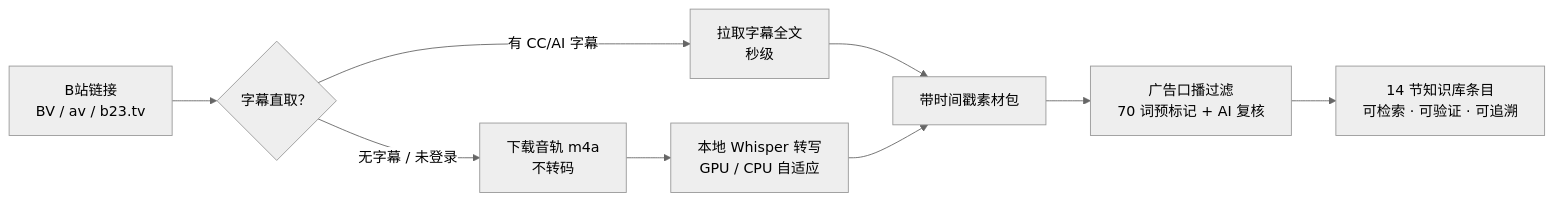
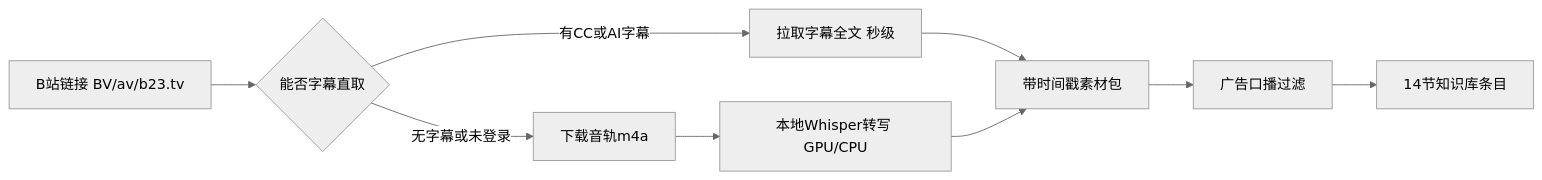
The diagram in README.md (Willson-Huang/bilibili-video-summary), drawn with Mermaid (neutral theme) before and after one commit. The commit also changed other lines of this file, not shown here.

Commit message:
fix: README 流程图改用最大兼容 Mermaid 语法
GitHub 内置渲染器不支持 -- "label" --> 带引号的边标签写法，导致
Unable to render rich display。改为 graph LR + 管道边标签 + 单行节点
文本（去掉 <br/> 与全角标点），兼容旧版 Mermaid。

````diff
--- a/README.md
+++ b/README.md
@@ -39,11 +39,11 @@
 ```mermaid
-flowchart LR
-    A["B站链接<br/>BV / av / b23.tv"] --> B{"字幕直取？"}
-    B -- "有 CC/AI 字幕" --> C["拉取字幕全文<br/>秒级"]
-    B -- "无字幕 / 未登录" --> D["下载音轨 m4a<br/>不转码"]
-    D --> E["本地 Whisper 转写<br/>GPU / CPU 自适应"]
+graph LR
+    A["B站链接 BV/av/b23.tv"] --> B{"能否字幕直取"}
+    B -->|有CC或AI字幕| C["拉取字幕全文 秒级"]
+    B -->|无字幕或未登录| D["下载音轨m4a"]
+    D --> E["本地Whisper转写 GPU/CPU"]
     C --> F["带时间戳素材包"]
     E --> F
-    F --> G["广告口播过滤<br/>70 词预标记 + AI 复核"]
-    G --> H["14 节知识库条目<br/>可检索 · 可验证 · 可追溯"]
+    F --> G["广告口播过滤"]
+    G --> H["14节知识库条目"]
 ```
````
